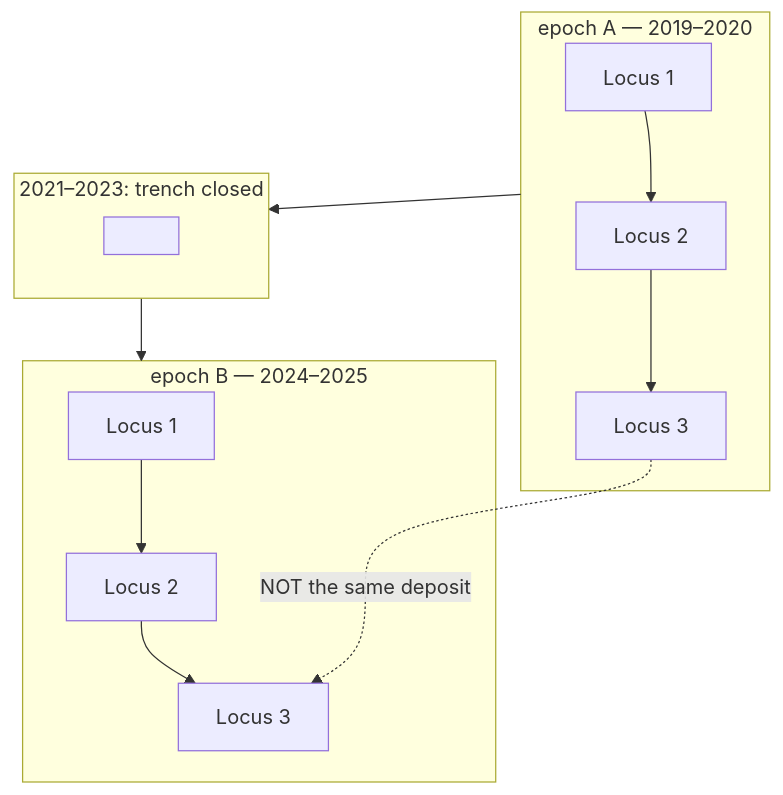
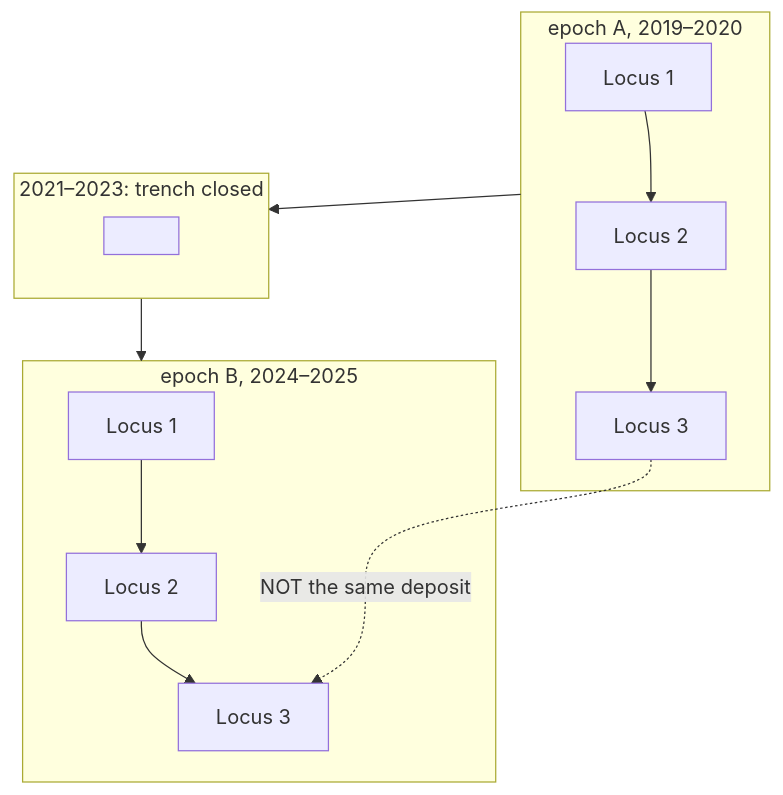
The diagram in docs/archaeology/locus-numbering-epochs.md (jennarbates/StratigraphyGenerator), drawn with Mermaid before and after one commit. The commit also changed other lines of this file and 309 other files, not shown here.

````diff
--- a/docs/archaeology/locus-numbering-epochs.md
+++ b/docs/archaeology/locus-numbering-epochs.md
@@ -39,14 +39,14 @@
 ```mermaid
 flowchart TB
-  subgraph e1["epoch A — 2019–2020"]
+  subgraph e1["epoch A, 2019–2020"]
     A1["Locus 1"] --> A2["Locus 2"] --> A3["Locus 3"]
   end
   subgraph gap["2021–2023: trench closed"]
     G[" "]
   end
-  subgraph e2["epoch B — 2024–2025"]
+  subgraph e2["epoch B, 2024–2025"]
     B1["Locus 1"] --> B2["Locus 2"] --> B3["Locus 3"]
   end
   e1 --> gap --> e2
   A3 -.->|"NOT the same deposit"| B3
 ```
````
